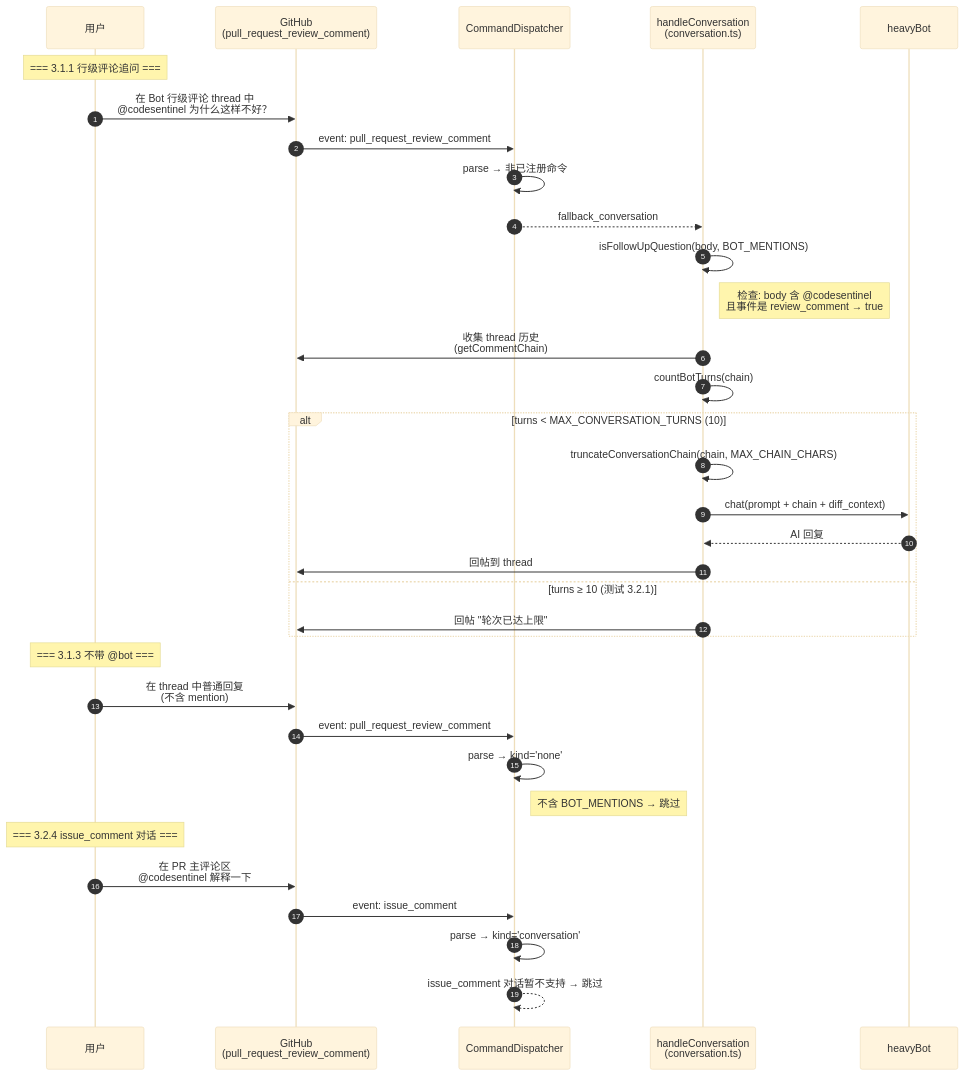
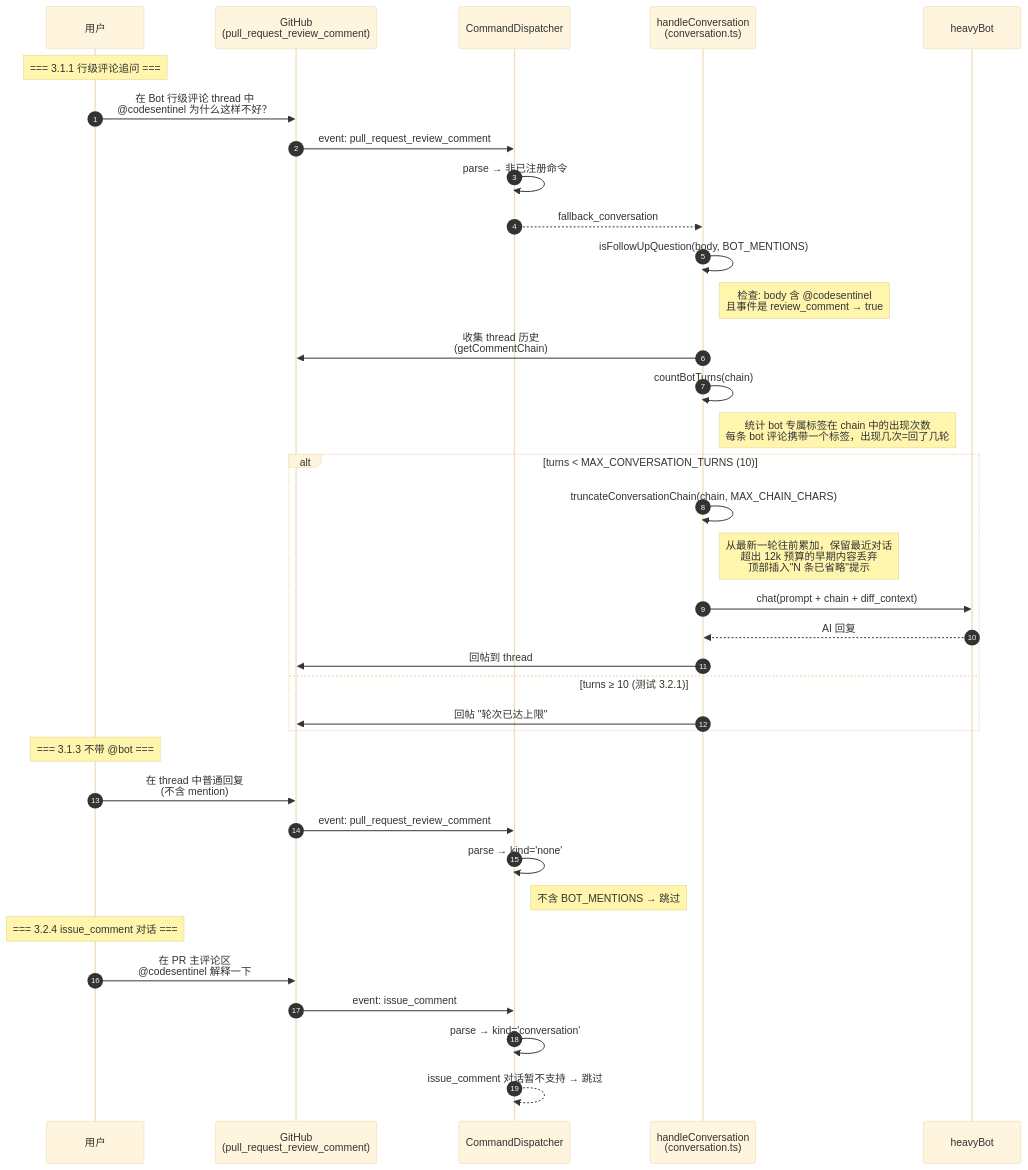
Before and after one commit to CodesSentinels/ai-reviewer: the first of 7 diagrams in docs/tasks/tester-3-flow-diagrams.md, drawn with Mermaid (base theme).

Commit message:
fix(docs): enhance conversation flow diagram with additional notes on bot turn statistics and truncation logic

````diff
--- a/docs/tasks/tester-3-flow-diagrams.md
+++ b/docs/tasks/tester-3-flow-diagrams.md
@@ -10,41 +10,43 @@
 ```mermaid
 sequenceDiagram
     autonumber
     participant User as 用户
     participant GH as GitHub<br/>(pull_request_review_comment)
     participant Dispatcher as CommandDispatcher
     participant Conv as handleConversation<br/>(conversation.ts)
     participant Bot as heavyBot
 
     Note over User: === 3.1.1 行级评论追问 ===
     User->>GH: 在 Bot 行级评论 thread 中<br/>@codesentinel 为什么这样不好？
     GH->>Dispatcher: event: pull_request_review_comment
     Dispatcher->>Dispatcher: parse → 非已注册命令
     Dispatcher-->>Conv: fallback_conversation
 
     Conv->>Conv: isFollowUpQuestion(body, BOT_MENTIONS)
     Note right of Conv: 检查: body 含 @codesentinel<br/>且事件是 review_comment → true
     Conv->>GH: 收集 thread 历史<br/>(getCommentChain)
     Conv->>Conv: countBotTurns(chain)
+    Note right of Conv: 统计 bot 专属标签在 chain 中的出现次数<br/>每条 bot 评论携带一个标签，出现几次=回了几轮
     
     alt turns < MAX_CONVERSATION_TURNS (10)
         Conv->>Conv: truncateConversationChain(chain, MAX_CHAIN_CHARS)
+        Note right of Conv: 从最新一轮往前累加，保留最近对话<br/>超出 12k 预算的早期内容丢弃<br/>顶部插入"N 条已省略"提示
         Conv->>Bot: chat(prompt + chain + diff_context)
         Bot-->>Conv: AI 回复
         Conv->>GH: 回帖到 thread
     else turns ≥ 10 (测试 3.2.1)
         Conv->>GH: 回帖 "轮次已达上限"
     end
 
     Note over User: === 3.1.3 不带 @bot ===
     User->>GH: 在 thread 中普通回复<br/>(不含 mention)
     GH->>Dispatcher: event: pull_request_review_comment
     Dispatcher->>Dispatcher: parse → kind='none'
     Note right of Dispatcher: 不含 BOT_MENTIONS → 跳过
 
     Note over User: === 3.2.4 issue_comment 对话 ===
     User->>GH: 在 PR 主评论区<br/>@codesentinel 解释一下
     GH->>Dispatcher: event: issue_comment
     Dispatcher->>Dispatcher: parse → kind='conversation'
     Dispatcher-->>Dispatcher: issue_comment 对话暂不支持 → 跳过
 ```
````
